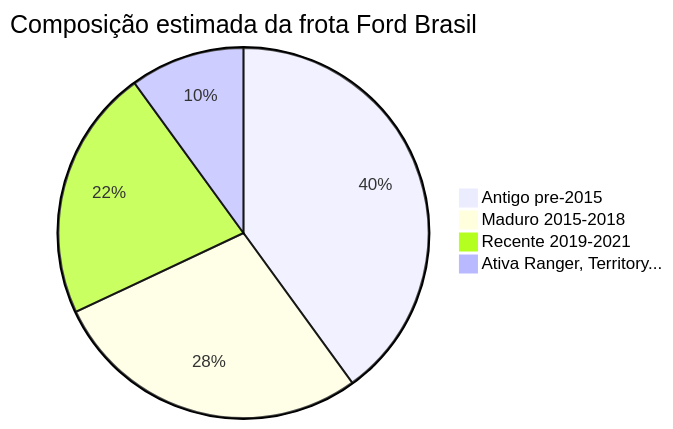
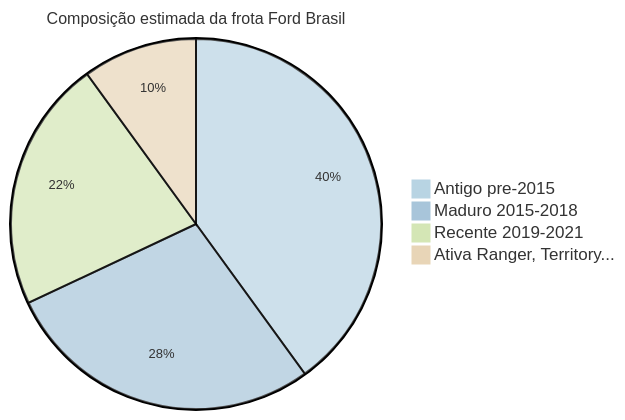
One commit to fwd-ford/forward-docs changed the seventh of 12 diagrams in project/00_BASE_FUNDACIONAL.md. Above: the diagram before and after it, drawn with Mermaid. The commit also changed 1 other file, not shown here.

Commit message:
style: softer pastel colors on pie chart (DOC 00) and flowcharts (DOC 01)

````diff
--- a/project/00_BASE_FUNDACIONAL.md
+++ b/project/00_BASE_FUNDACIONAL.md
@@ -361,7 +361,8 @@
 ```mermaid
+%%{init: {'theme': 'base', 'themeVariables': {'pie1': '#b8d4e3', 'pie2': '#a8c5da', 'pie3': '#d4e6b5', 'pie4': '#e8d5b7', 'pieTitleTextSize': '16px', 'pieSectionTextSize': '13px'}}}%%
 pie title Composição estimada da frota Ford Brasil
     "Antigo pre-2015" : 40
     "Maduro 2015-2018" : 28
     "Recente 2019-2021" : 22
     "Ativa Ranger, Territory..." : 10
 ```
````
